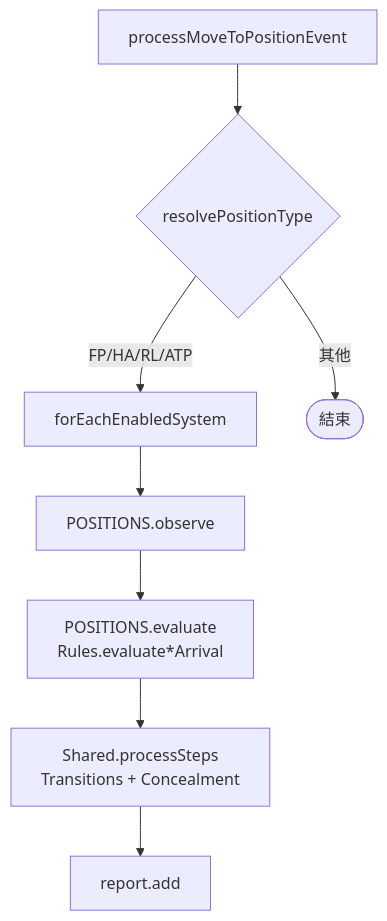
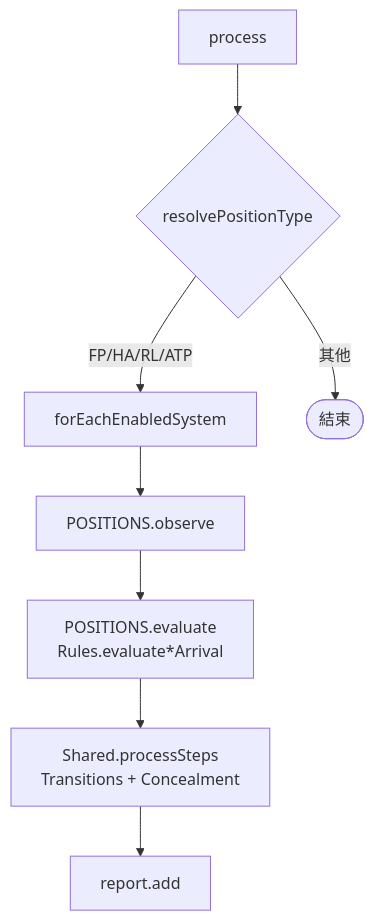
One commit to pullupjumper/formosa-in-flames changed the diagram in docs/missileSystem/arrival.md. Above: the diagram before and after it, drawn with Mermaid. The commit also changed other lines of this file and 16 other files, not shown here.

````diff
--- a/docs/missileSystem/arrival.md
+++ b/docs/missileSystem/arrival.md
@@ -29,10 +29,10 @@
 ```mermaid
 flowchart TD
-    A[processMoveToPositionEvent] --> B{resolvePositionType}
+    A[process] --> B{resolvePositionType}
     B -->|FP/HA/RL/ATP| C[forEachEnabledSystem]
     B -->|其他| Z([結束])
     C --> D[POSITIONS.observe]
     D --> E[POSITIONS.evaluate<br/>Rules.evaluate*Arrival]
     E --> F[Shared.processSteps<br/>Transitions + Concealment]
     F --> G[report.add]
 ```
````
